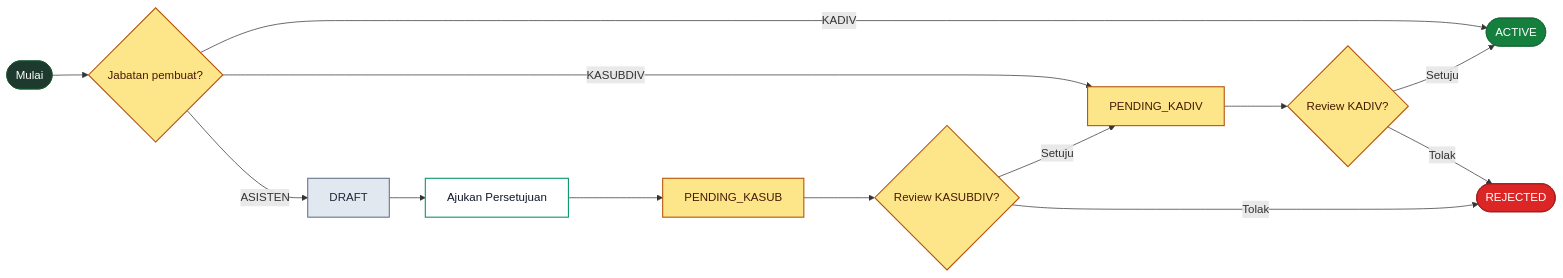
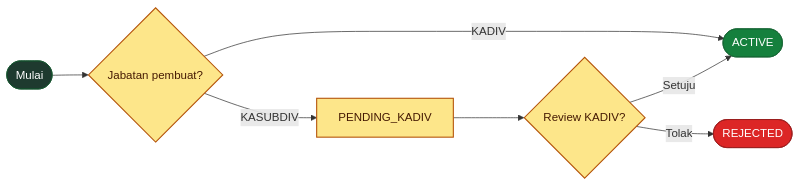
Before and after one commit to alifnrmdhn-create/atlas-fullstack: the fourth of 8 diagrams in docs/ATLAS_PLAYBOOK.md, drawn with Mermaid. The commit also changed other lines of this file and 31 other files, not shown here.

````diff
--- a/docs/ATLAS_PLAYBOOK.md
+++ b/docs/ATLAS_PLAYBOOK.md
@@ -198,26 +198,19 @@
 ```mermaid
 flowchart LR
     Start([Mulai]):::start --> Role{Jabatan pembuat?}:::decision
 
     Role -- KADIV --> Active([ACTIVE]):::done
     Role -- KASUBDIV --> PK[PENDING_KADIV]:::pending
-    Role -- ASISTEN --> Draft[DRAFT]:::neutral
 
     PK --> AK{Review KADIV?}:::decision
     AK -- Setuju --> Active
     AK -- Tolak --> Rejected([REJECTED]):::err
-
-    Draft --> Ajukan[Ajukan Persetujuan]:::proc
-    Ajukan --> PKS[PENDING_KASUB]:::pending
-    PKS --> AKS{Review KASUBDIV?}:::decision
-    AKS -- Setuju --> PK
-    AKS -- Tolak --> Rejected
 
     classDef start    fill:#1e3a2f,stroke:#14532d,color:#ffffff
     classDef done     fill:#15803d,stroke:#166534,color:#ffffff
     classDef err      fill:#dc2626,stroke:#991b1b,color:#ffffff
     classDef proc     fill:#ffffff,stroke:#059669,color:#0F172A,stroke-width:1.5px
     classDef pending  fill:#fde68a,stroke:#b45309,color:#451a03,stroke-width:1.5px
     classDef neutral  fill:#e2e8f0,stroke:#64748b,color:#1e293b,stroke-width:1.5px
     classDef decision fill:#fde68a,stroke:#b45309,color:#451a03,stroke-width:1.5px
 ```
````
